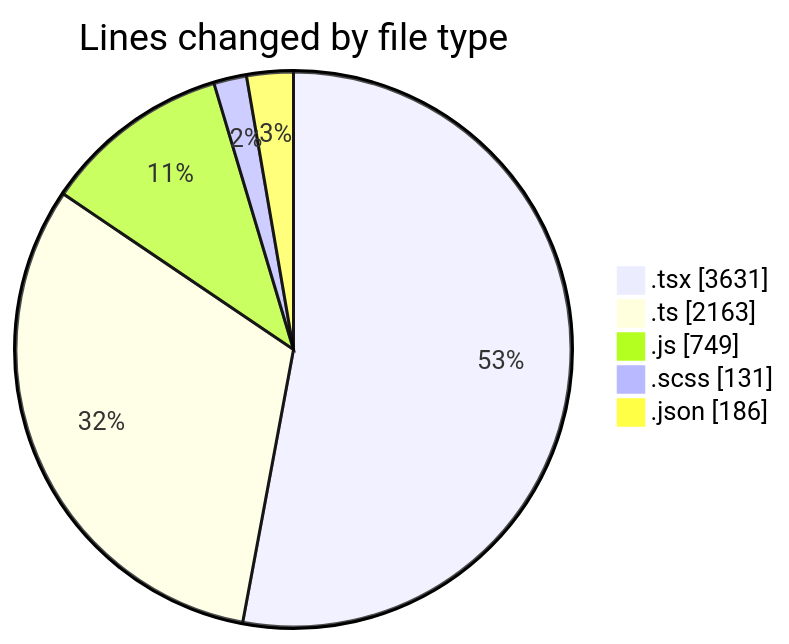
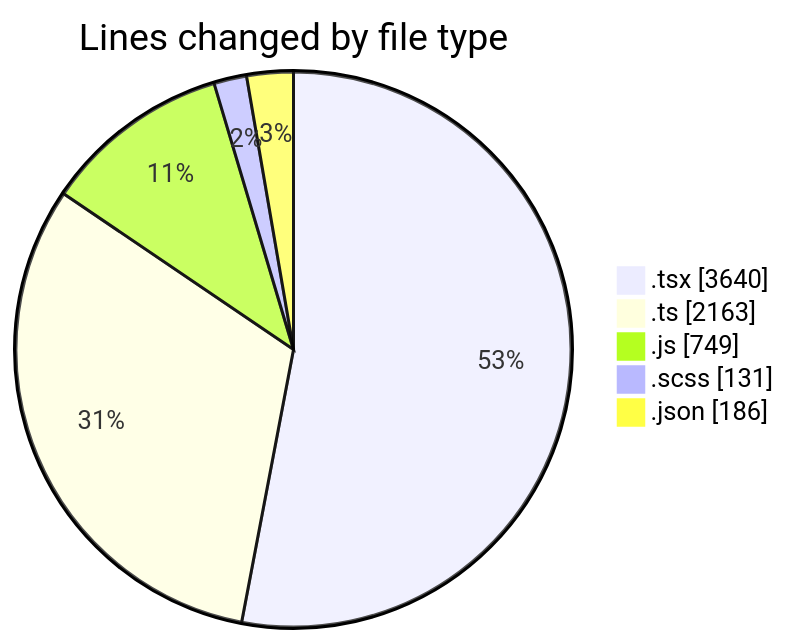
The first of 2 diagrams in 2026-06-11/cda/README.md (momahboobian/code-tracking), drawn with Mermaid before and after one commit. The commit also changed other lines of this file and 1 other file, not shown here.

````diff
--- a/2026-06-11/cda/README.md
+++ b/2026-06-11/cda/README.md
@@ -58,9 +58,9 @@
 ```mermaid
 pie showData
 title Lines changed by file type
-".tsx" : 3631
+".tsx" : 3640
 ".ts" : 2163
 ".js" : 749
 ".scss" : 131
 ".json" : 186
 ```
````
